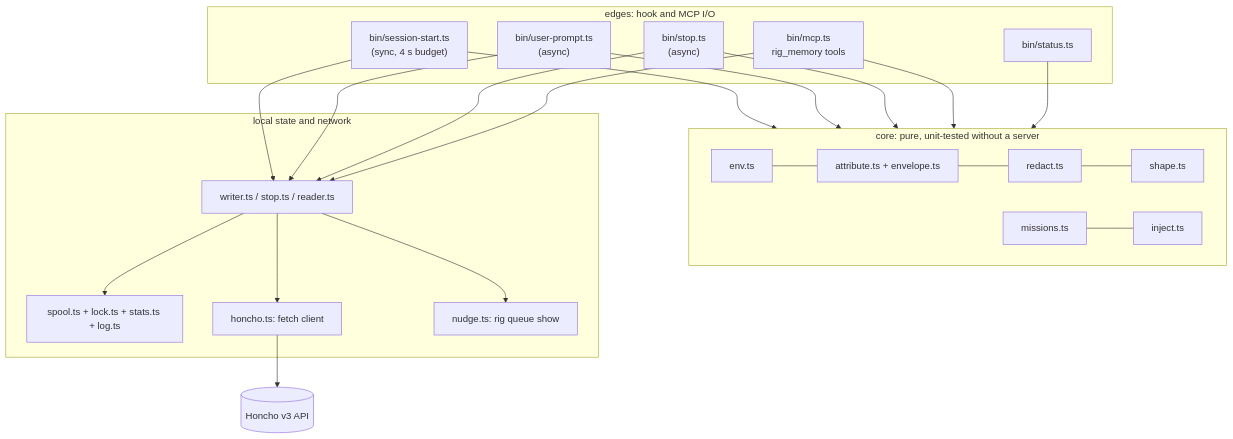
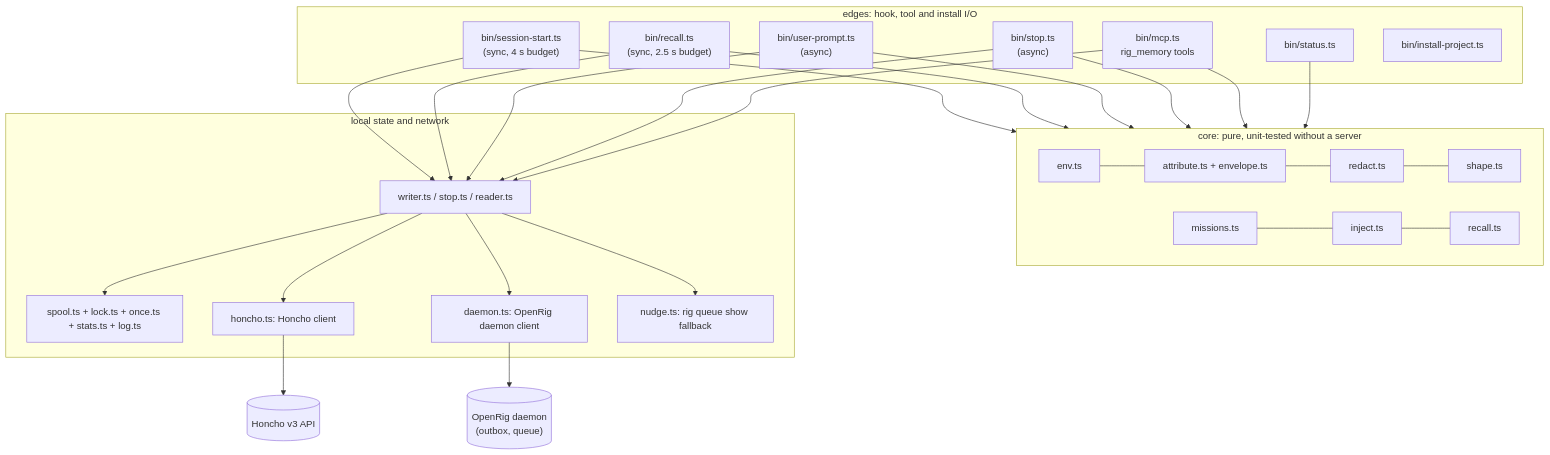
Before and after one commit to GravLabs/openrig-honcho: the second of 9 diagrams in docs/DESIGN.md, drawn with Mermaid. The commit also changed other lines of this file and 18 other files, not shown here.

````diff
--- a/docs/DESIGN.md
+++ b/docs/DESIGN.md
@@ -71,25 +73,29 @@
 ```mermaid
 flowchart TB
-  subgraph Edge["edges: hook and MCP I/O"]
+  subgraph Edge["edges: hook, tool and install I/O"]
     SS["bin/session-start.ts<br/>(sync, 4 s budget)"]
+    RC["bin/recall.ts<br/>(sync, 2.5 s budget)"]
     UP["bin/user-prompt.ts<br/>(async)"]
     ST["bin/stop.ts<br/>(async)"]
     MCP["bin/mcp.ts<br/>rig_memory tools"]
     STAT["bin/status.ts"]
+    INST["bin/install-project.ts"]
   end
   subgraph Core["core: pure, unit-tested without a server"]
     ENV[env.ts] --- ATT[attribute.ts + envelope.ts]
     ATT --- RED[redact.ts] --- SH[shape.ts]
-    MIS[missions.ts] --- INJ[inject.ts]
+    MIS[missions.ts] --- INJ[inject.ts] --- RCL[recall.ts]
   end
   subgraph IO["local state and network"]
     WR[writer.ts / stop.ts / reader.ts]
-    SP[spool.ts + lock.ts + stats.ts + log.ts]
-    HC[honcho.ts: fetch client]
-    NU[nudge.ts: rig queue show]
+    SP[spool.ts + lock.ts + once.ts + stats.ts + log.ts]
+    HC[honcho.ts: Honcho client]
+    DM[daemon.ts: OpenRig daemon client]
+    NU[nudge.ts: rig queue show fallback]
   end
-  SS & UP & ST & MCP & STAT --> Core
-  SS & UP & ST & MCP --> WR
-  WR --> SP & HC & NU
+  SS & RC & UP & ST & MCP & STAT --> Core
+  SS & RC & UP & ST & MCP --> WR
+  WR --> SP & HC & DM & NU
   HC --> H[("Honcho v3 API")]
+  DM --> O[("OpenRig daemon<br/>(outbox, queue)")]
 ```
````
